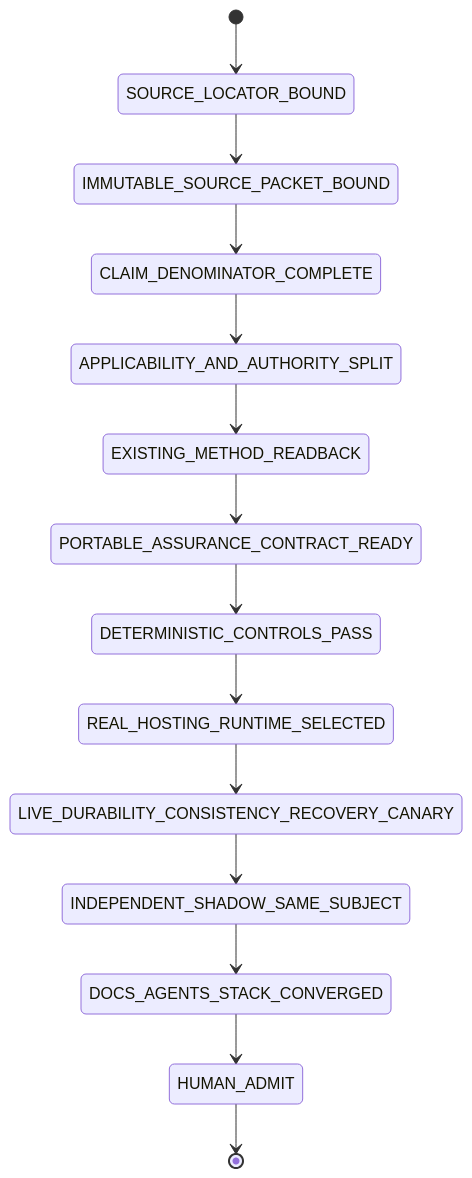
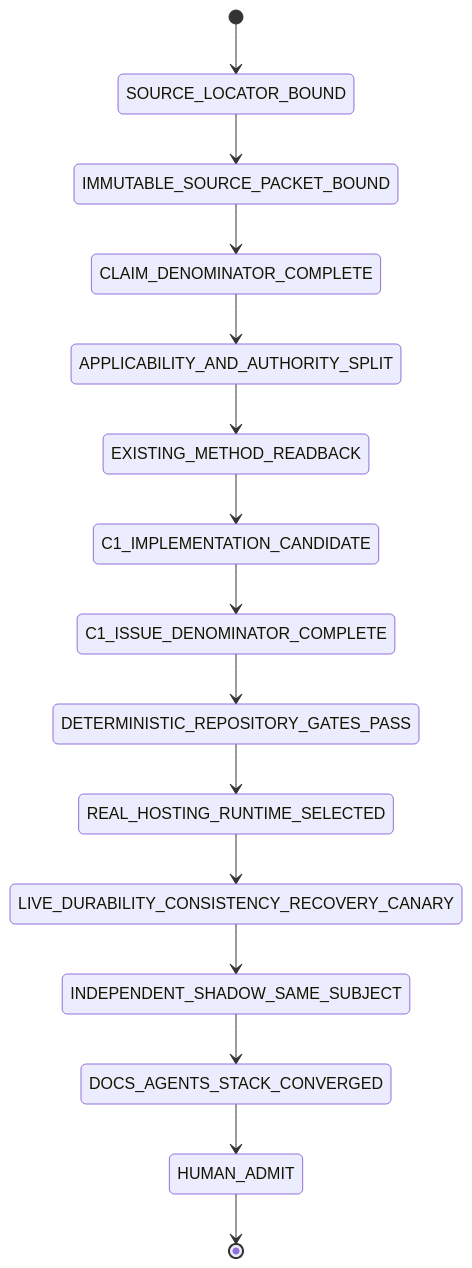
The first of 2 diagrams in docs/traceability/git-at-any-scale/README.md (ed3c/skills-shared), drawn with Mermaid before and after one commit. The commit also changed other lines of this file, not shown here.

Commit message:
docs(git-scale): reconcile implementation and admission checkpoint

````diff
--- a/docs/traceability/git-at-any-scale/README.md
+++ b/docs/traceability/git-at-any-scale/README.md
@@ -48,16 +74,17 @@
 ```mermaid
 stateDiagram-v2
     [*] --> SOURCE_LOCATOR_BOUND
     SOURCE_LOCATOR_BOUND --> IMMUTABLE_SOURCE_PACKET_BOUND
     IMMUTABLE_SOURCE_PACKET_BOUND --> CLAIM_DENOMINATOR_COMPLETE
     CLAIM_DENOMINATOR_COMPLETE --> APPLICABILITY_AND_AUTHORITY_SPLIT
     APPLICABILITY_AND_AUTHORITY_SPLIT --> EXISTING_METHOD_READBACK
-    EXISTING_METHOD_READBACK --> PORTABLE_ASSURANCE_CONTRACT_READY
-    PORTABLE_ASSURANCE_CONTRACT_READY --> DETERMINISTIC_CONTROLS_PASS
-    DETERMINISTIC_CONTROLS_PASS --> REAL_HOSTING_RUNTIME_SELECTED
+    EXISTING_METHOD_READBACK --> C1_IMPLEMENTATION_CANDIDATE
+    C1_IMPLEMENTATION_CANDIDATE --> C1_ISSUE_DENOMINATOR_COMPLETE
+    C1_ISSUE_DENOMINATOR_COMPLETE --> DETERMINISTIC_REPOSITORY_GATES_PASS
+    DETERMINISTIC_REPOSITORY_GATES_PASS --> REAL_HOSTING_RUNTIME_SELECTED
     REAL_HOSTING_RUNTIME_SELECTED --> LIVE_DURABILITY_CONSISTENCY_RECOVERY_CANARY
     LIVE_DURABILITY_CONSISTENCY_RECOVERY_CANARY --> INDEPENDENT_SHADOW_SAME_SUBJECT
     INDEPENDENT_SHADOW_SAME_SUBJECT --> DOCS_AGENTS_STACK_CONVERGED
     DOCS_AGENTS_STACK_CONVERGED --> HUMAN_ADMIT
     HUMAN_ADMIT --> [*]
 ```
````
